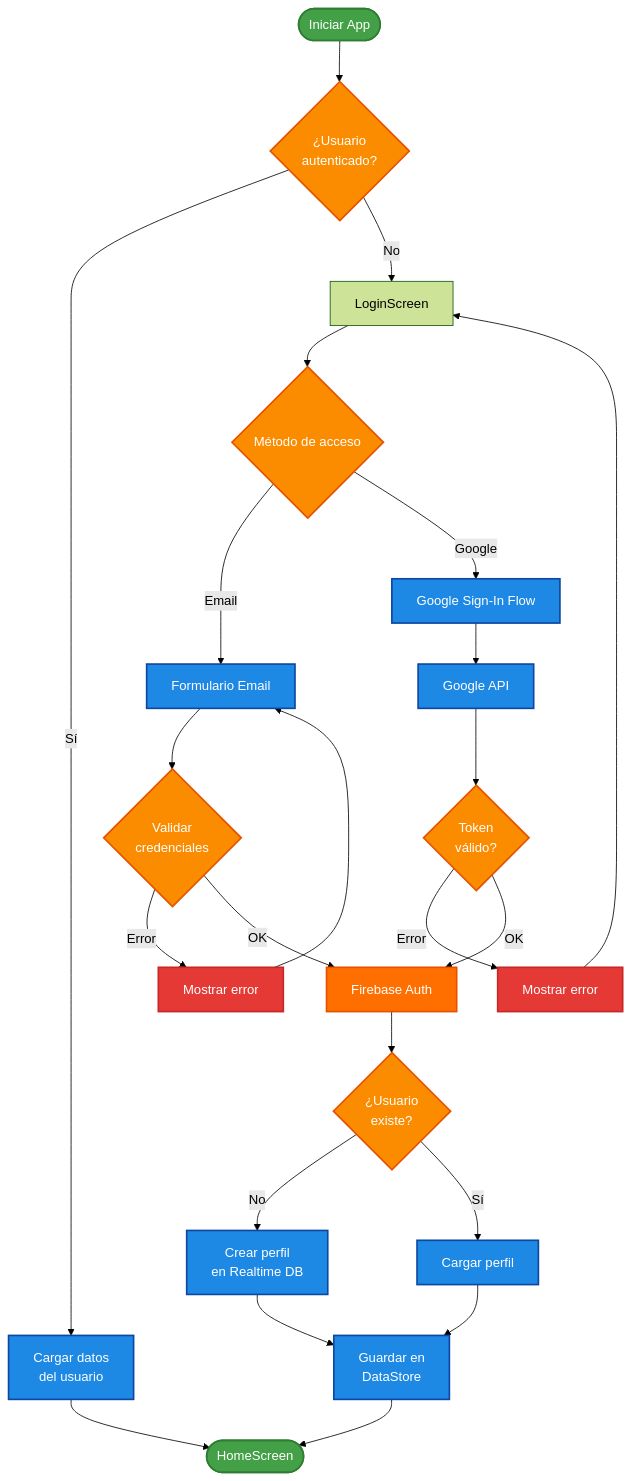
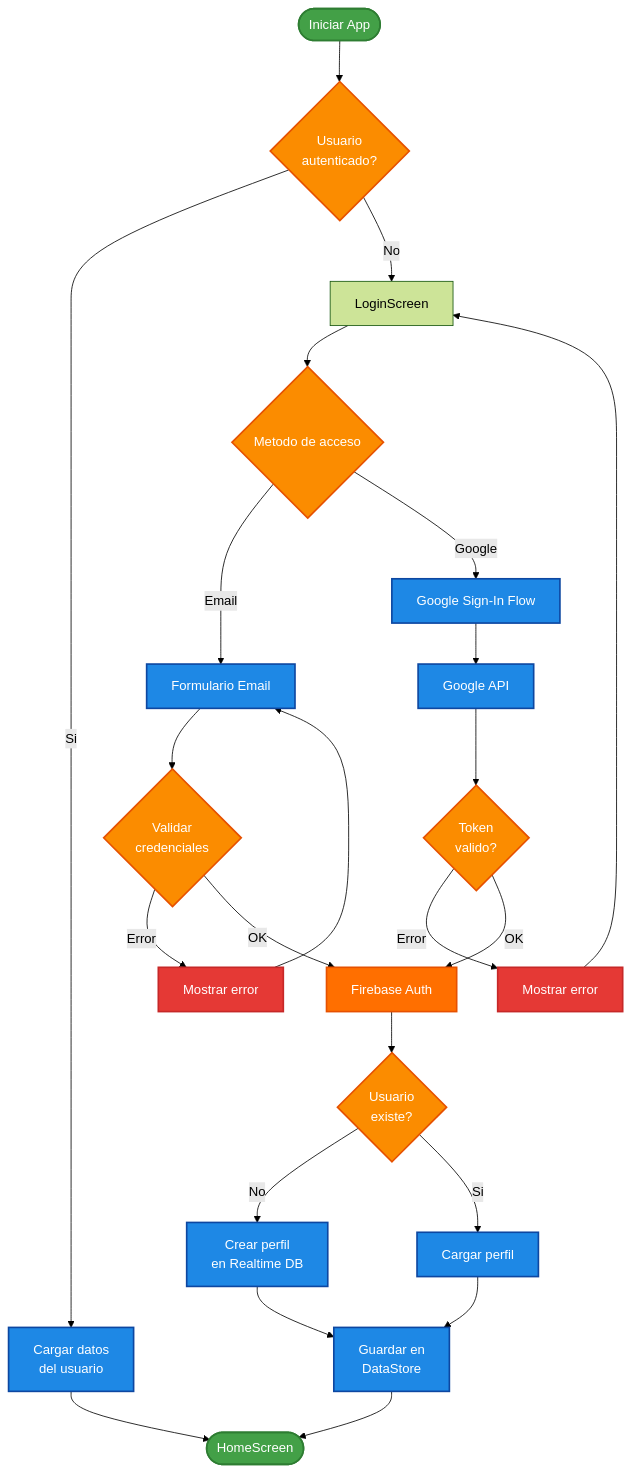
Before and after one commit to Azelmods677/NexusChat: the second of 6 diagrams in README.md, drawn with Mermaid (forest theme). The commit also changed other lines of this file and 13 other files, not shown here.

````diff
--- a/README.md
+++ b/README.md
@@ -157,45 +157,45 @@
 ```mermaid
 flowchart TD
-    START([Iniciar App]) --> CHECK{¿Usuario<br/>autenticado?}
+    START([Iniciar App]) --> CHECK{Usuario<br/>autenticado?}
     
-    CHECK -->|Sí| LOAD_USER[Cargar datos<br/>del usuario]
+    CHECK -->|Si| LOAD_USER[Cargar datos<br/>del usuario]
     CHECK -->|No| LOGIN[LoginScreen]
     
     LOAD_USER --> HOME([HomeScreen])
     
-    LOGIN --> METHOD{Método de acceso}
+    LOGIN --> METHOD{Metodo de acceso}
     
     METHOD -->|Email| EMAIL_FORM[Formulario Email]
     METHOD -->|Google| GOOGLE_FLOW[Google Sign-In Flow]
     
     EMAIL_FORM --> VALIDATE{Validar<br/>credenciales}
     VALIDATE -->|Error| ERROR1[Mostrar error]
     ERROR1 --> EMAIL_FORM
     VALIDATE -->|OK| FB_AUTH[Firebase Auth]
     
     GOOGLE_FLOW --> GOOGLE_API[Google API]
-    GOOGLE_API --> VALIDATE_GOOGLE{Token<br/>válido?}
+    GOOGLE_API --> VALIDATE_GOOGLE{Token<br/>valido?}
     VALIDATE_GOOGLE -->|Error| ERROR2[Mostrar error]
     ERROR2 --> LOGIN
     VALIDATE_GOOGLE -->|OK| FB_AUTH
     
-    FB_AUTH --> CREATE_USER{¿Usuario<br/>existe?}
+    FB_AUTH --> CREATE_USER{Usuario<br/>existe?}
     CREATE_USER -->|No| CREATE[Crear perfil<br/>en Realtime DB]
-    CREATE_USER -->|Sí| LOAD_PROFILE[Cargar perfil]
+    CREATE_USER -->|Si| LOAD_PROFILE[Cargar perfil]
     
     CREATE --> SAVE_LOCAL[Guardar en<br/>DataStore]
     LOAD_PROFILE --> SAVE_LOCAL
     SAVE_LOCAL --> HOME
     
     classDef success fill:#43a047,stroke:#2e7d32,stroke-width:2px,color:#fff
     classDef error fill:#e53935,stroke:#c62828,stroke-width:2px,color:#fff
     classDef process fill:#1e88e5,stroke:#0d47a1,stroke-width:2px,color:#fff
     classDef decision fill:#fb8c00,stroke:#e65100,stroke-width:2px,color:#fff
     classDef firebase fill:#ff6f00,stroke:#e65100,stroke-width:2px,color:#fff
     
     class START,HOME success
     class ERROR1,ERROR2 error
     class LOAD_USER,EMAIL_FORM,GOOGLE_FLOW,GOOGLE_API,CREATE,LOAD_PROFILE,SAVE_LOCAL process
     class CHECK,METHOD,VALIDATE,VALIDATE_GOOGLE,CREATE_USER decision
     class FB_AUTH firebase
 ```
````
